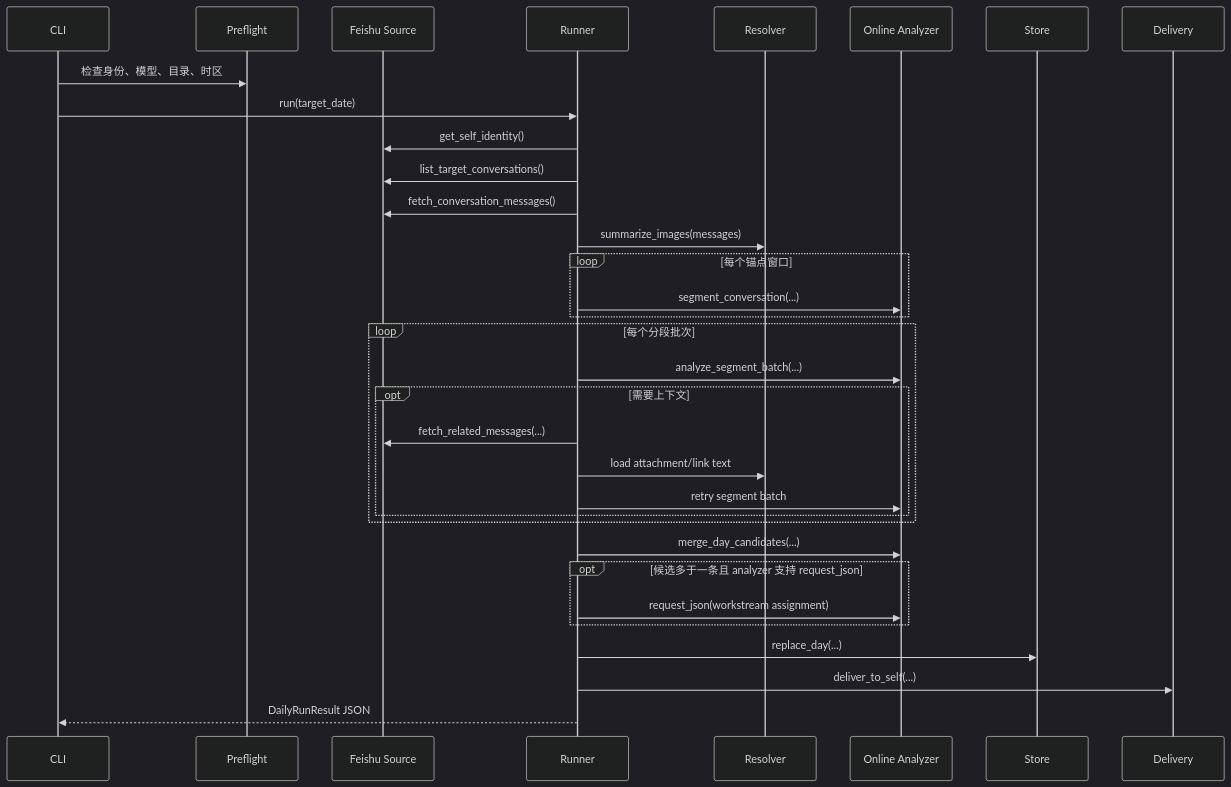
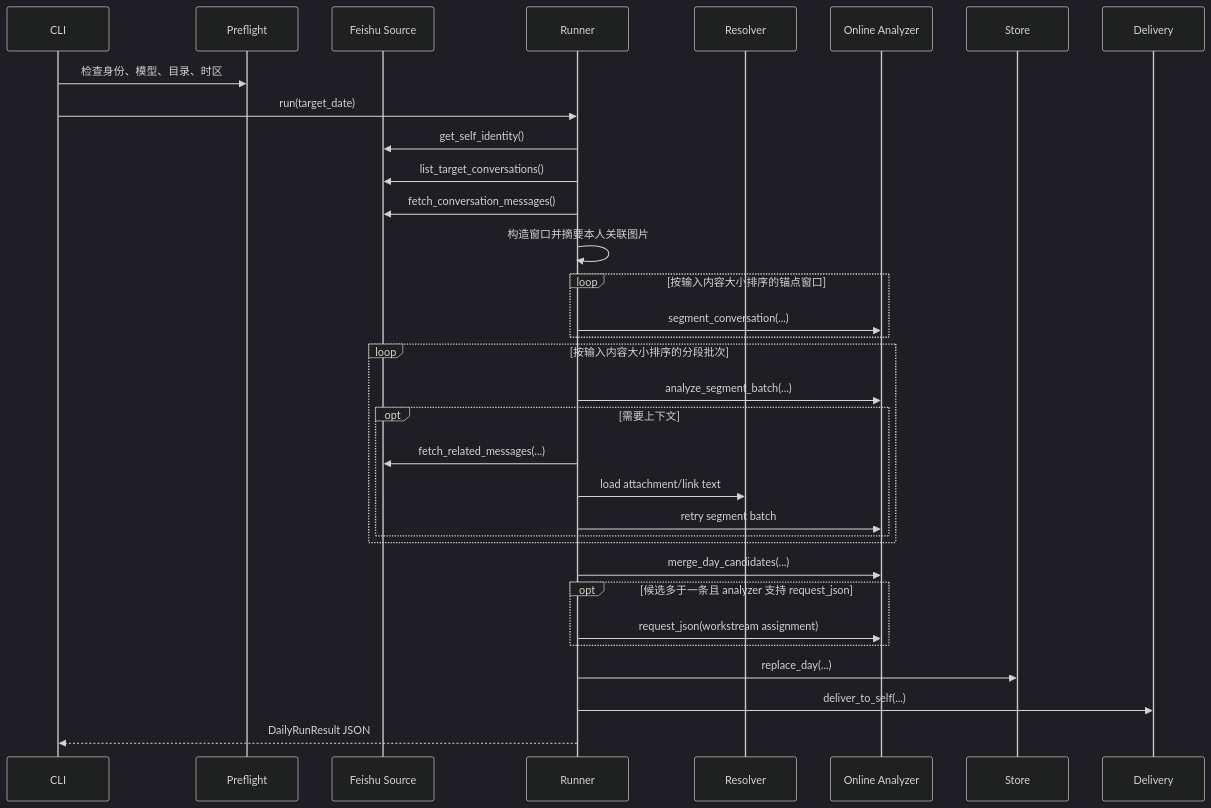
One commit to sunweisheng/WorkTrace changed the second of 4 diagrams in docs/detailed-design.md. Above: the diagram before and after it, drawn with Mermaid (dark theme). The commit also changed other lines of this file and 40 other files, not shown here.

````diff
--- a/docs/detailed-design.md
+++ b/docs/detailed-design.md
@@ -55,36 +55,36 @@
 ```mermaid
 sequenceDiagram
     participant CLI
     participant Preflight
     participant Source as Feishu Source
     participant Runner
     participant Resolver
     participant LLM as Online Analyzer
     participant Store
     participant Delivery
 
     CLI->>Preflight: 检查身份、模型、目录、时区
     CLI->>Runner: run(target_date)
     Runner->>Source: get_self_identity()
     Runner->>Source: list_target_conversations()
     Runner->>Source: fetch_conversation_messages()
-    Runner->>Resolver: summarize_images(messages)
-    loop 每个锚点窗口
+    Runner->>Runner: 构造窗口并摘要本人关联图片
+    loop 按输入内容大小排序的锚点窗口
         Runner->>LLM: segment_conversation(...)
     end
-    loop 每个分段批次
+    loop 按输入内容大小排序的分段批次
         Runner->>LLM: analyze_segment_batch(...)
         opt 需要上下文
             Runner->>Source: fetch_related_messages(...)
             Runner->>Resolver: load attachment/link text
             Runner->>LLM: retry segment batch
         end
     end
     Runner->>LLM: merge_day_candidates(...)
     opt 候选多于一条且 analyzer 支持 request_json
         Runner->>LLM: request_json(workstream assignment)
     end
     Runner->>Store: replace_day(...)
     Runner->>Delivery: deliver_to_self(...)
     Runner-->>CLI: DailyRunResult JSON
 ```
````
